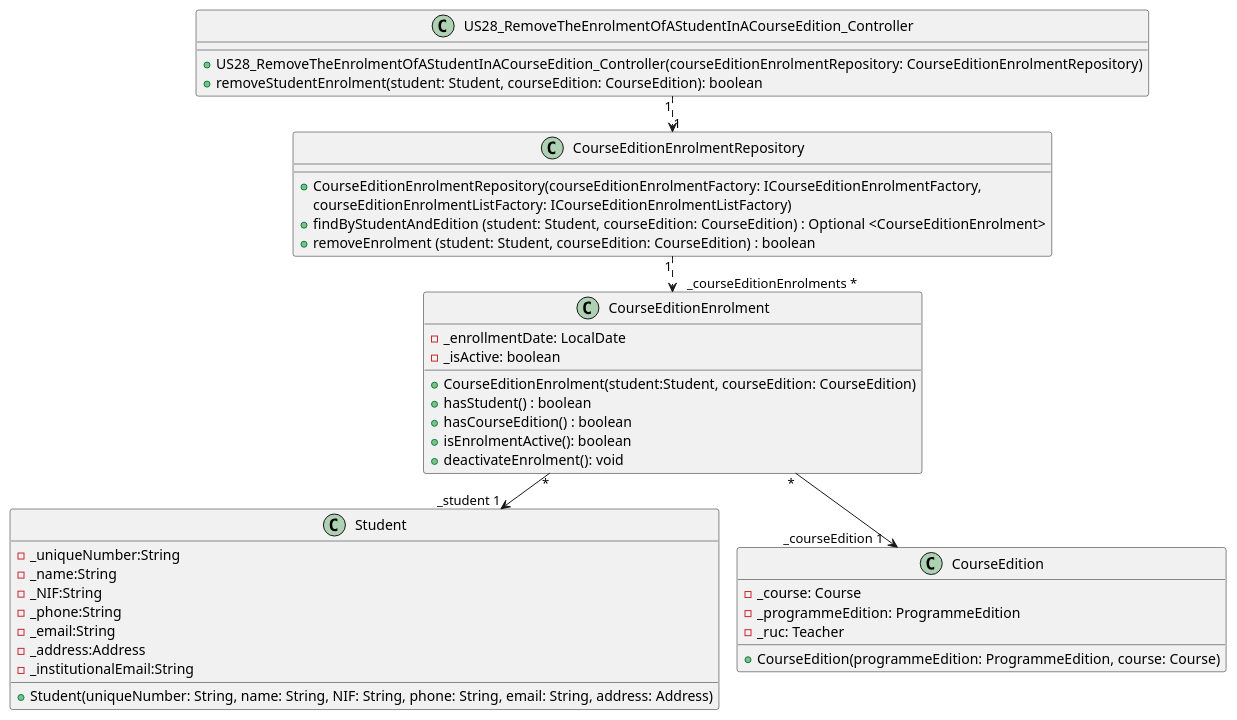
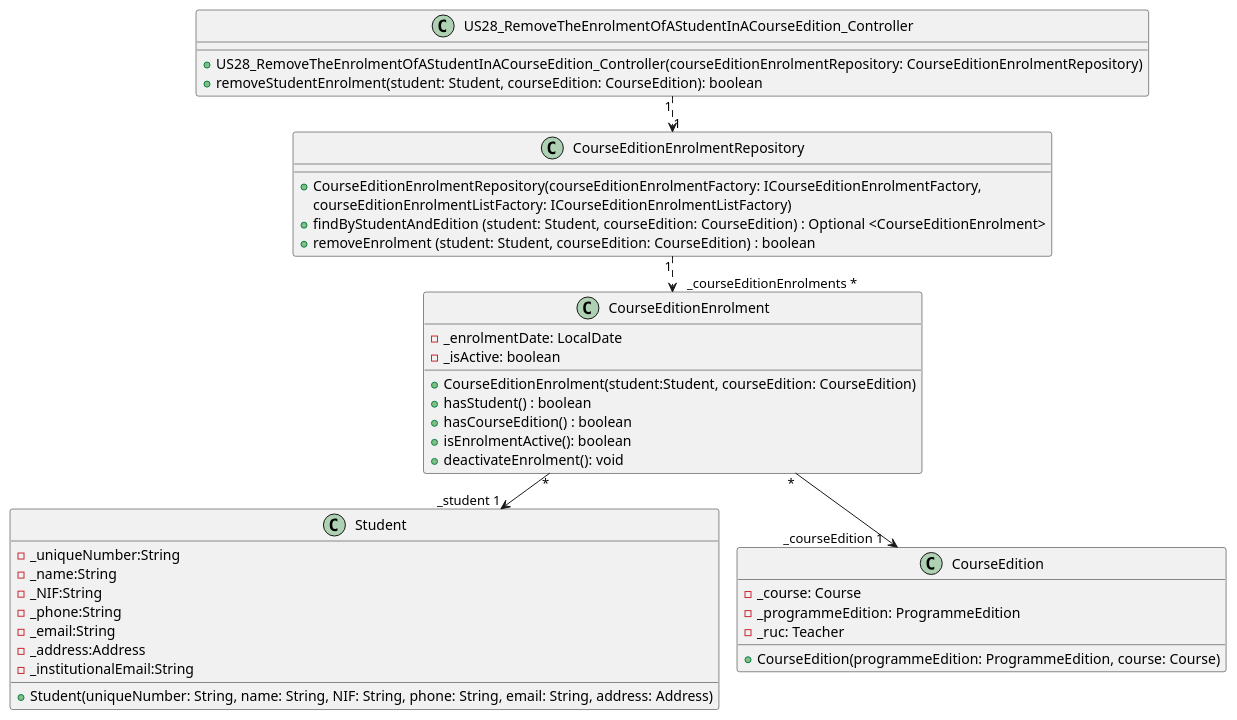
Before and after one commit to GasparISEP/DevOps-PAI: the diagram in docs/US28/US28_RemoveTheEnrolmentOfAStudentInACourseEdition_ClassDiagramSimplified.puml, drawn with PlantUML. The commit also changed 2 other files, not shown here.

Commit message:
Fix spelling inconsistency: 'enroll' changed to 'enrol' in US28 sequence and class diagrams

```diff
--- a/docs/US28/US28_RemoveTheEnrolmentOfAStudentInACourseEdition_ClassDiagramSimplified.puml
+++ b/docs/US28/US28_RemoveTheEnrolmentOfAStudentInACourseEdition_ClassDiagramSimplified.puml
@@ -1,51 +1,51 @@
 @startuml
 !pragma layout smetana
 
 class US28_RemoveTheEnrolmentOfAStudentInACourseEdition_Controller {
     +US28_RemoveTheEnrolmentOfAStudentInACourseEdition_Controller(courseEditionEnrolmentRepository: CourseEditionEnrolmentRepository)
     +removeStudentEnrolment(student: Student, courseEdition: CourseEdition): boolean
 }
 
 class CourseEditionEnrolment {
-    -_enrollmentDate: LocalDate
+    -_enrolmentDate: LocalDate
     -_isActive: boolean
     +CourseEditionEnrolment(student:Student, courseEdition: CourseEdition)
     +hasStudent() : boolean
     +hasCourseEdition() : boolean
     +isEnrolmentActive(): boolean
     +deactivateEnrolment(): void
 }
 
 class CourseEditionEnrolmentRepository {
      +CourseEditionEnrolmentRepository(courseEditionEnrolmentFactory: ICourseEditionEnrolmentFactory,
         courseEditionEnrolmentListFactory: ICourseEditionEnrolmentListFactory)
     +findByStudentAndEdition (student: Student, courseEdition: CourseEdition) : Optional <CourseEditionEnrolment>
     +removeEnrolment (student: Student, courseEdition: CourseEdition) : boolean
 }
 
 class Student {
     -_uniqueNumber:String
     -_name:String
     -_NIF:String
     -_phone:String
     -_email:String
     -_address:Address
     -_institutionalEmail:String
     +Student(uniqueNumber: String, name: String, NIF: String, phone: String, email: String, address: Address)
 }
 
 class CourseEdition {
     -_course: Course
     -_programmeEdition: ProgrammeEdition
     -_ruc: Teacher
     +CourseEdition(programmeEdition: ProgrammeEdition, course: Course)
 }
 
 
 
 CourseEditionEnrolment "*" --> "_student 1" Student
 CourseEditionEnrolment "*" --> "_courseEdition 1    " CourseEdition
 CourseEditionEnrolmentRepository"1"..> "    _courseEditionEnrolments *  "CourseEditionEnrolment
 US28_RemoveTheEnrolmentOfAStudentInACourseEdition_Controller "1" ..> "1 " CourseEditionEnrolmentRepository
 
 @enduml
```
